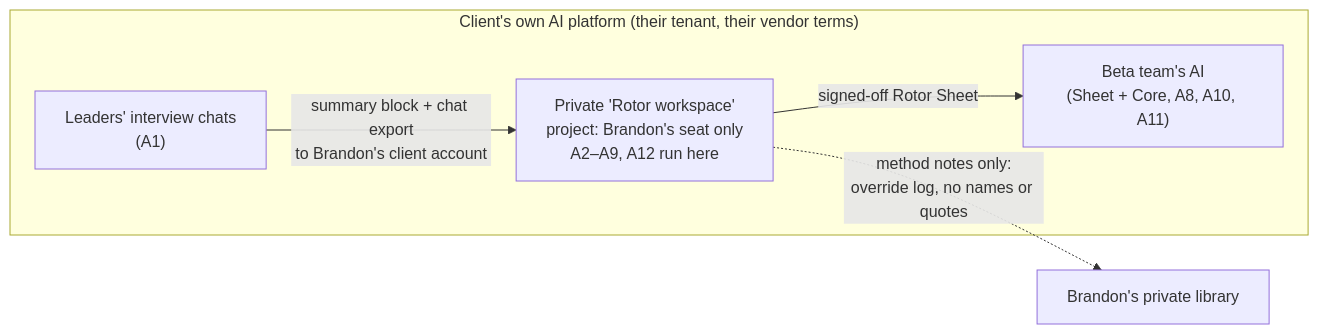
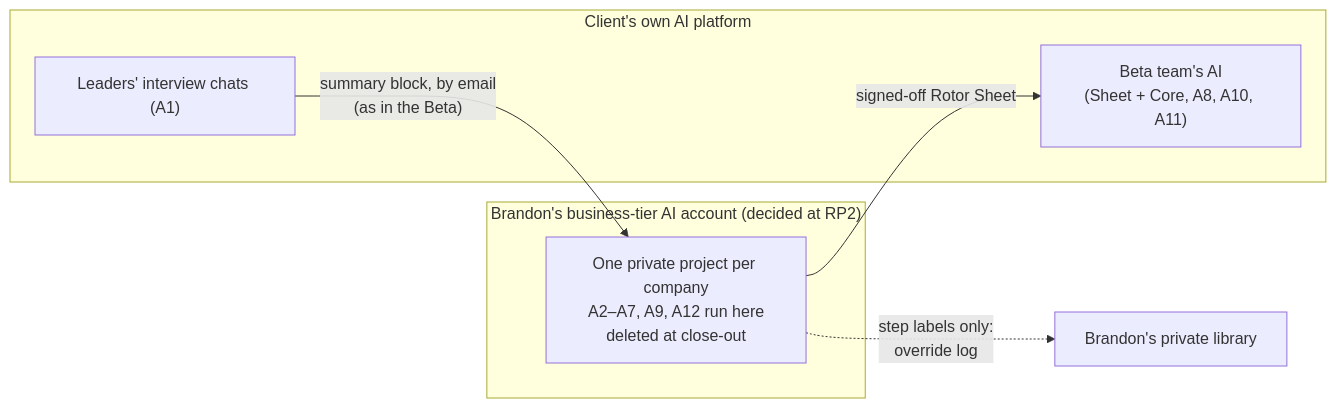
One commit to FranklinKinetics/Labs-Agents changed the third of 3 diagrams in rotor/product/rp2-spec.md. Above: the diagram before and after it, drawn with Mermaid. The commit also changed other lines of this file and 1 other file, not shown here.

First line of the commit message:
rotor-product: RP3 — agents A2–A7, A12 (Mack); spec section 8 diagram updated to decision (b)

````diff
--- a/rotor/product/rp2-spec.md
+++ b/rotor/product/rp2-spec.md
@@ -251,11 +251,13 @@
 ```mermaid
 flowchart LR
-  subgraph CLIENT["Client's own AI platform (their tenant, their vendor terms)"]
-    L["Leaders' interview chats<br/>(A1)"]
-    W["Private 'Rotor workspace'<br/>project: Brandon's seat only<br/>A2–A9, A12 run here"]
+  subgraph CLIENT["Client's own AI platform"]
+    L["Leaders' interview chats (A1)"]
     T["Beta team's AI<br/>(Sheet + Core, A8, A10, A11)"]
   end
-  L -->|"summary block + chat export<br/>to Brandon's client account"| W
+  subgraph BR["Brandon's business-tier AI account (decided at RP2)"]
+    W["One private project per company<br/>A2–A7, A9, A12 run here<br/>deleted at close-out"]
+  end
+  L -->|"summary block, by email<br/>(as in the Beta)"| W
   W -->|"signed-off Rotor Sheet"| T
-  W -.->|"method notes only:<br/>override log, no names or quotes"| LIB["Brandon's private library"]
+  W -.->|"step labels only:<br/>override log"| LIB["Brandon's private library"]
 ```
````
